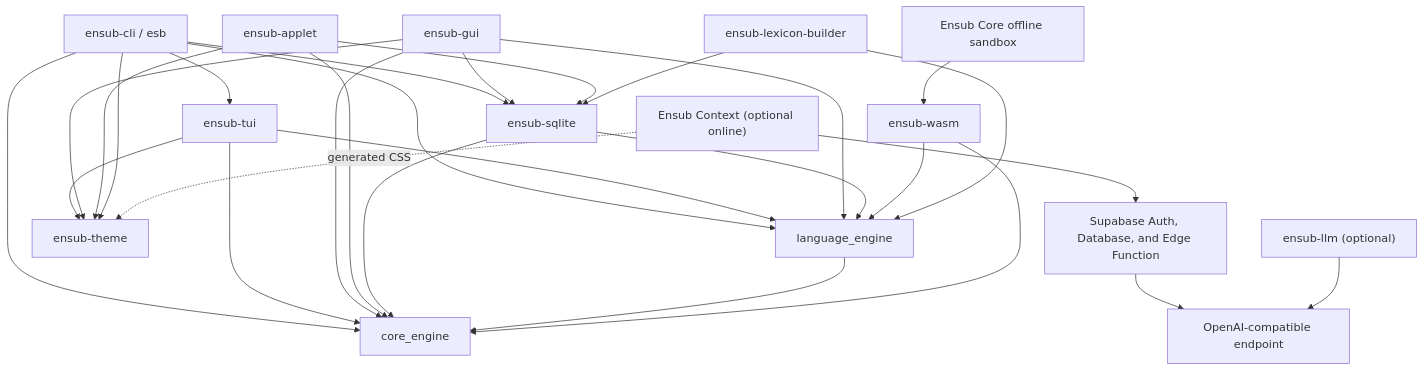
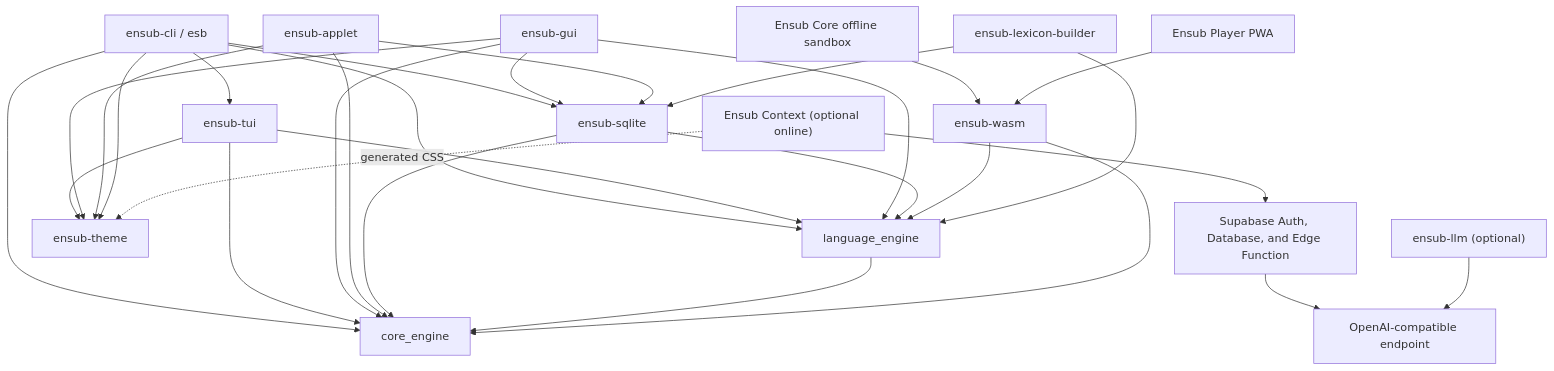
The diagram in docs/architecture.md (flasheddy/ensub), drawn with Mermaid before and after one commit. The commit also changed other lines of this file and 47 other files, not shown here.

Commit message:
feat(player): add synchronized PWA workspace

````diff
--- a/docs/architecture.md
+++ b/docs/architecture.md
@@ -7,38 +7,39 @@
 ```mermaid
 flowchart TB
     cli["ensub-cli / esb"] --> core["core_engine"]
     cli --> language["language_engine"]
     cli --> sqlite["ensub-sqlite"]
     cli --> tui["ensub-tui"]
 
     tui --> core
     tui --> language
     tui --> theme["ensub-theme"]
 
     gui["ensub-gui"] --> core
     gui --> language
     gui --> sqlite
     gui --> theme
 
     applet["ensub-applet"] --> core
     applet --> sqlite
     applet --> theme
 
     cli --> theme
 
     sqlite --> core
     sqlite --> language
     language --> core
 
     sandbox["Ensub Core offline sandbox"] --> wasm["ensub-wasm"]
+    player["Ensub Player PWA"] --> wasm
     web["Ensub Context (optional online)"] --> supabase["Supabase Auth, Database, and Edge Function"]
     web -. generated CSS .-> theme
     supabase --> provider["OpenAI-compatible endpoint"]
     wasm --> core
     wasm --> language
 
     builder["ensub-lexicon-builder"] --> language
     builder --> sqlite
 
     llm["ensub-llm (optional)"] --> provider["OpenAI-compatible endpoint"]
 ```
````
